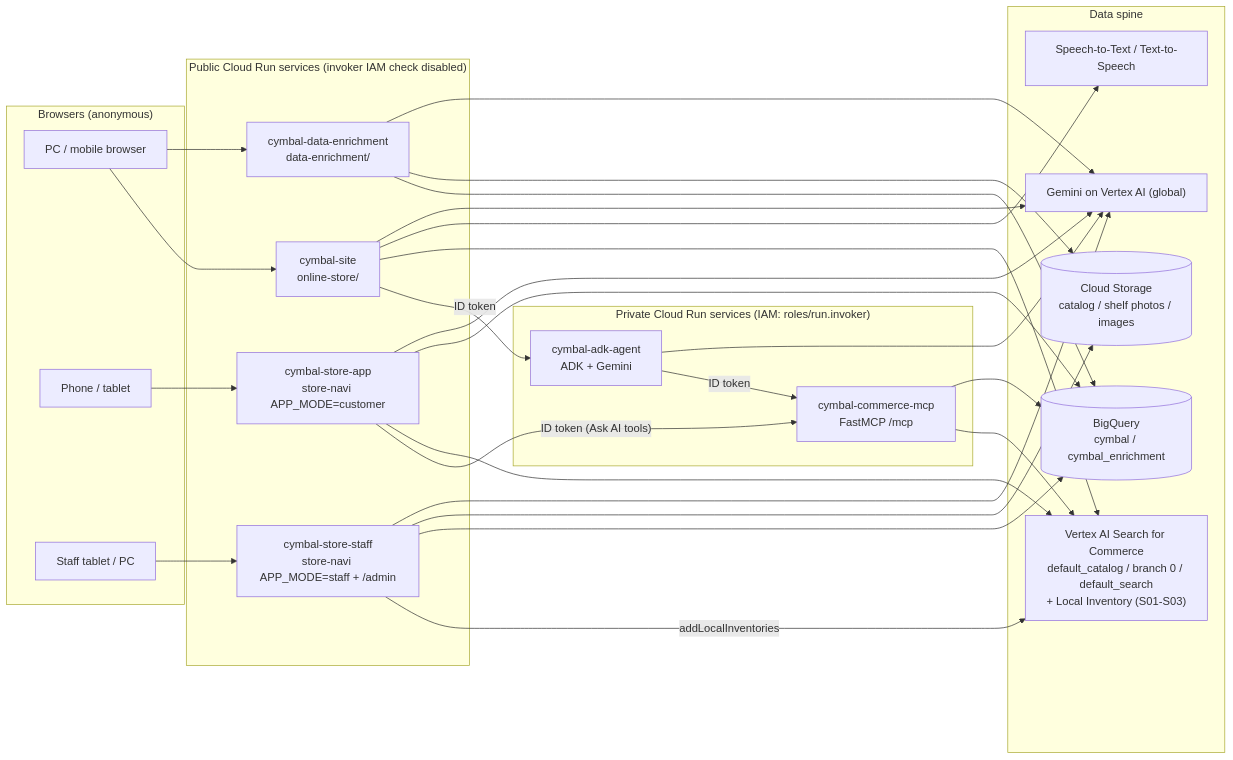
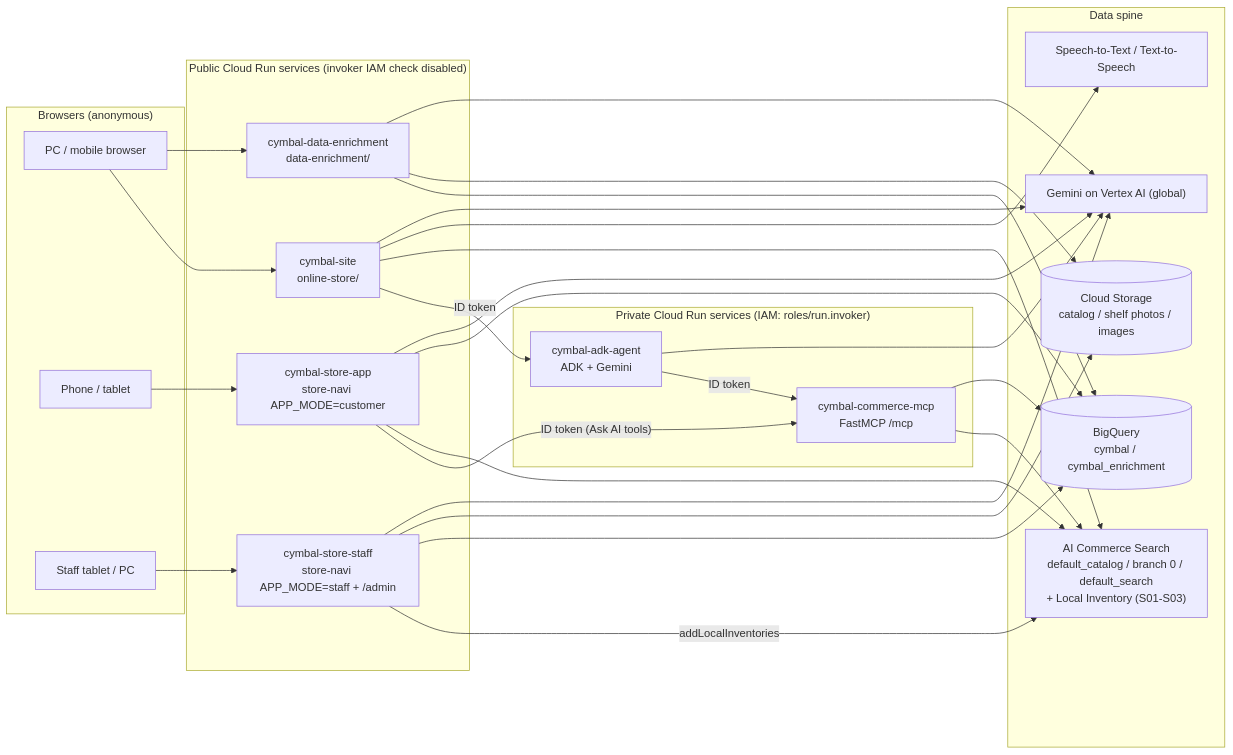
One commit to minsoojun-cloud/cymbal-retail-agentic-commerce-en-demo changed the first of 5 diagrams in docs/ARCHITECTURE.md. Above: the diagram before and after it, drawn with Mermaid. The commit also changed other lines of this file and 27 other files, not shown here.

First line of the commit message:
fix(naming): rename product to "AI Commerce Search" in apps, installer and docs

````diff
--- a/docs/ARCHITECTURE.md
+++ b/docs/ARCHITECTURE.md
@@ -30,52 +30,52 @@
 ```mermaid
 flowchart LR
   subgraph Users["Browsers (anonymous)"]
     PC["PC / mobile browser"]
     PHONE["Phone / tablet"]
     STAFFDEV["Staff tablet / PC"]
   end
 
   subgraph Public["Public Cloud Run services (invoker IAM check disabled)"]
     SITE["cymbal-site<br/>online-store/"]
     APP["cymbal-store-app<br/>store-navi APP_MODE=customer"]
     STAFF["cymbal-store-staff<br/>store-navi APP_MODE=staff + /admin"]
     ENRICH["cymbal-data-enrichment<br/>data-enrichment/"]
   end
 
   subgraph Private["Private Cloud Run services (IAM: roles/run.invoker)"]
     ADK["cymbal-adk-agent<br/>ADK + Gemini"]
     MCP["cymbal-commerce-mcp<br/>FastMCP /mcp"]
   end
 
   subgraph Data["Data spine"]
-    VAIS["Vertex AI Search for Commerce<br/>default_catalog / branch 0 / default_search<br/>+ Local Inventory (S01-S03)"]
+    VAIS["AI Commerce Search<br/>default_catalog / branch 0 / default_search<br/>+ Local Inventory (S01-S03)"]
     BQ[("BigQuery<br/>cymbal / cymbal_enrichment")]
     GCS[("Cloud Storage<br/>catalog / shelf photos / images")]
     GEM["Gemini on Vertex AI (global)"]
     SPEECH["Speech-to-Text / Text-to-Speech"]
   end
 
   PC --> SITE
   PHONE --> APP
   STAFFDEV --> STAFF
   PC --> ENRICH
   SITE -- "ID token" --> ADK
   ADK -- "ID token" --> MCP
   APP -- "ID token (Ask AI tools)" --> MCP
   MCP --> VAIS
   MCP --> BQ
   SITE --> VAIS
   SITE --> SPEECH
   APP --> VAIS
   APP --> BQ
   STAFF -- "addLocalInventories" --> VAIS
   STAFF --> BQ
   STAFF --> GCS
   ENRICH --> BQ
   ENRICH --> GCS
   ADK --> GEM
   APP --> GEM
   STAFF --> GEM
   ENRICH --> GEM
   SITE --> GEM
 ```
````
